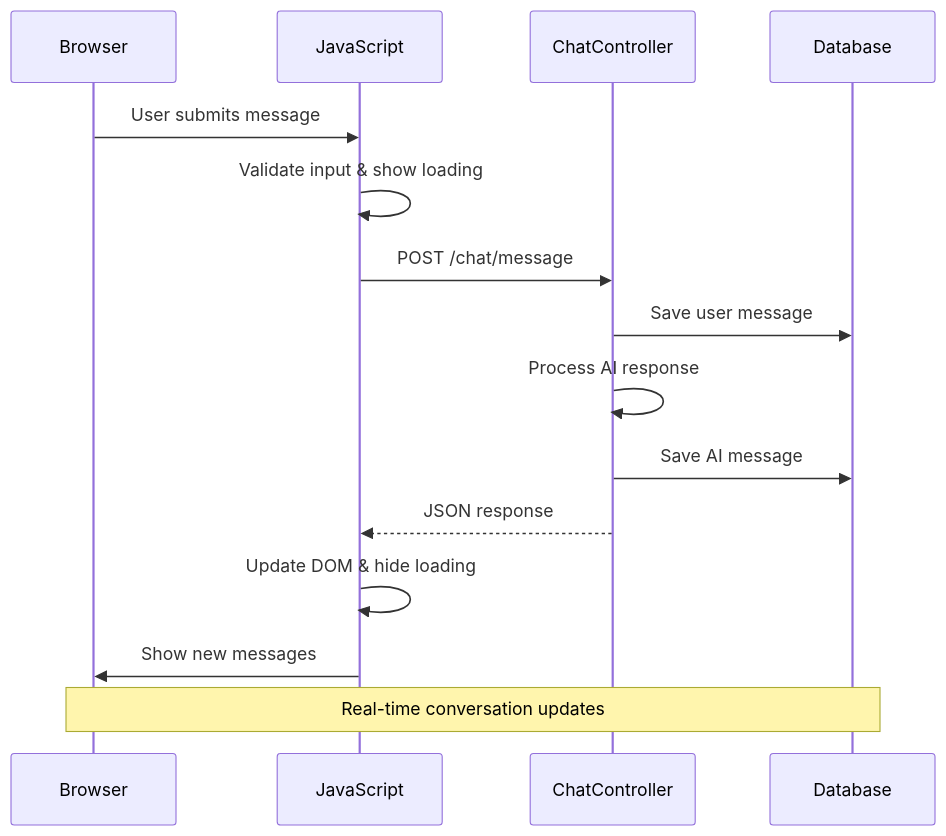
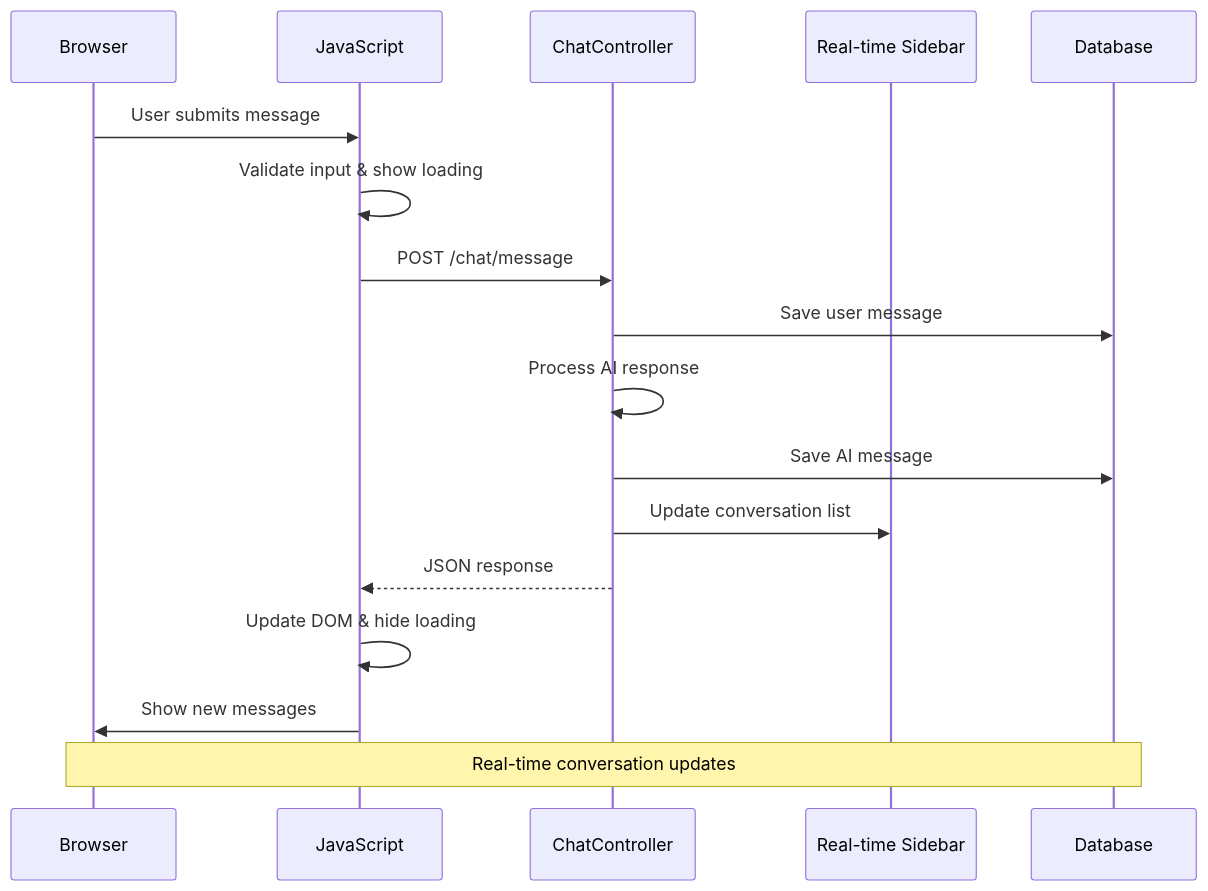
Before and after one commit to siimliimand/laravel-assistant: the sixth of 8 diagrams in .qoder/repowiki/en/content/Database and Data Management/Conversation Persistence System.md, drawn with Mermaid. The commit also changed other lines of this file and 7 other files, not shown here.

````diff
--- a/.qoder/repowiki/en/content/Database and Data Management/Conversation Persistence System.md
+++ b/.qoder/repowiki/en/content/Database and Data Management/Conversation Persistence System.md
@@ -282,17 +301,19 @@
 ```mermaid
 sequenceDiagram
 participant Browser as Browser
 participant JS as JavaScript
 participant Controller as ChatController
+participant Sidebar as Real-time Sidebar
 participant DB as Database
 Browser->>JS : User submits message
 JS->>JS : Validate input & show loading
 JS->>Controller : POST /chat/message
 Controller->>DB : Save user message
 Controller->>Controller : Process AI response
 Controller->>DB : Save AI message
+Controller->>Sidebar : Update conversation list
 Controller-->>JS : JSON response
 JS->>JS : Update DOM & hide loading
 JS->>Browser : Show new messages
 Note over Browser,DB : Real-time conversation updates
 ```
````
